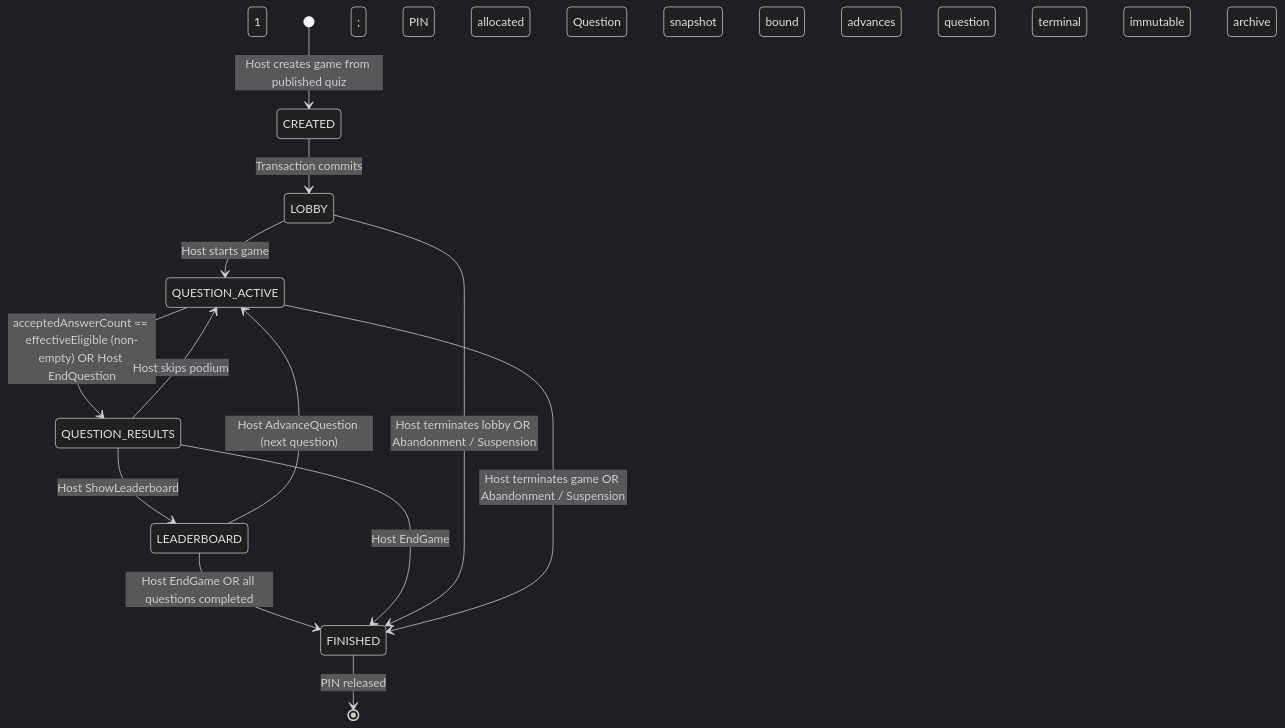
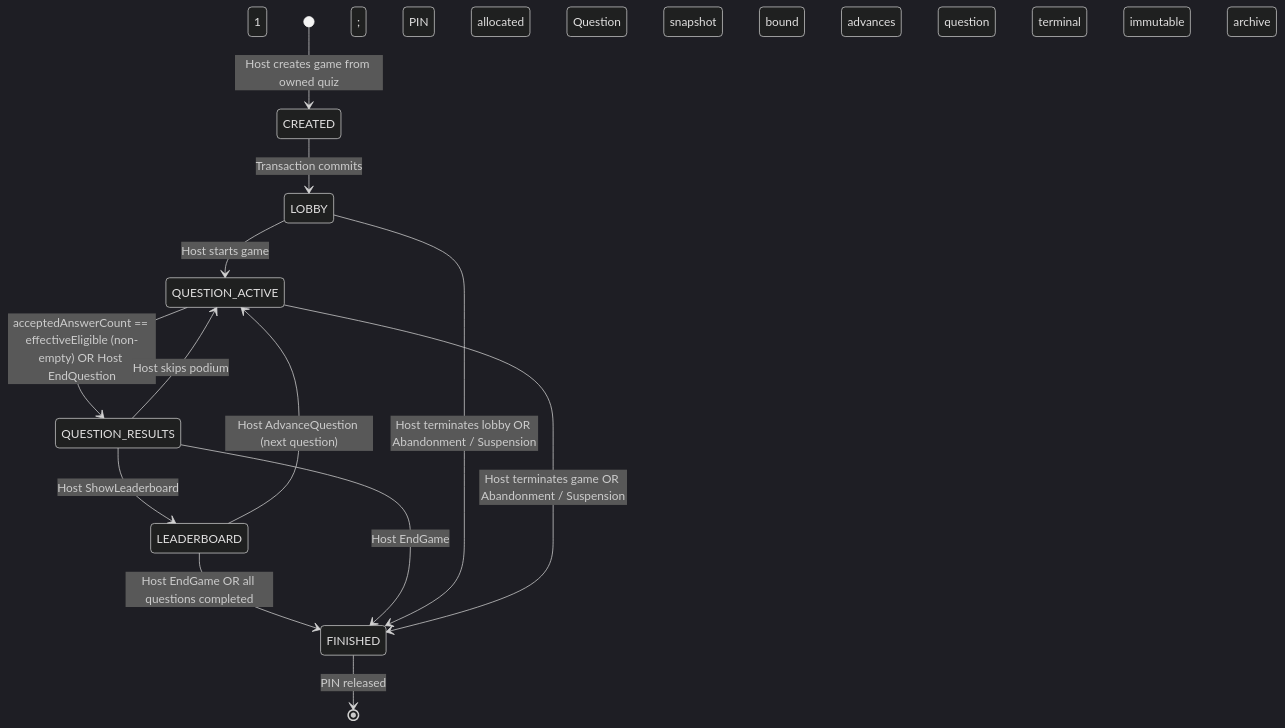
One commit to laeth0/Kahoot changed the diagram in docs/06-game-lifecycle.md. Above: the diagram before and after it, drawn with Mermaid (dark theme). The commit also changed other lines of this file and 34 other files, not shown here.

Commit message:
feat: implement quiz and game management features with CQRS handlers and API controllers

````diff
--- a/docs/06-game-lifecycle.md
+++ b/docs/06-game-lifecycle.md
@@ -17,15 +17,15 @@
 ```mermaid
 stateDiagram-v2
-    [*] --> CREATED: Host creates game from published quiz
+    [*] --> CREATED: Host creates game from owned quiz
     CREATED --> LOBBY: Transaction commits; PIN allocated
     LOBBY --> QUESTION_ACTIVE: Host starts game; Question 1 snapshot bound
     QUESTION_ACTIVE --> QUESTION_RESULTS: acceptedAnswerCount == effectiveEligible (non-empty) OR Host EndQuestion
     QUESTION_RESULTS --> LEADERBOARD: Host ShowLeaderboard
     LEADERBOARD --> QUESTION_ACTIVE: Host AdvanceQuestion (next question)
     QUESTION_RESULTS --> QUESTION_ACTIVE: Host skips podium; advances question
     LEADERBOARD --> FINISHED: Host EndGame OR all questions completed
     QUESTION_RESULTS --> FINISHED: Host EndGame
     LOBBY --> FINISHED: Host terminates lobby OR Abandonment / Suspension
     QUESTION_ACTIVE --> FINISHED: Host terminates game OR Abandonment / Suspension
     FINISHED --> [*]: PIN released; terminal immutable archive
 ```
````
